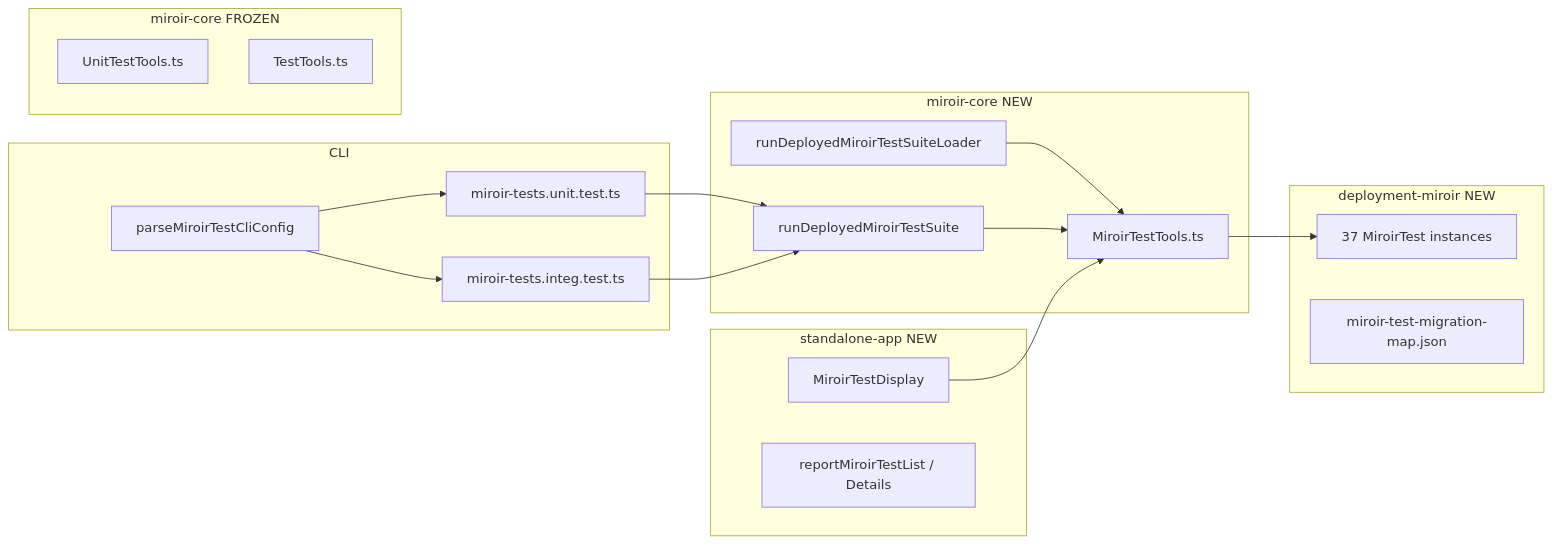
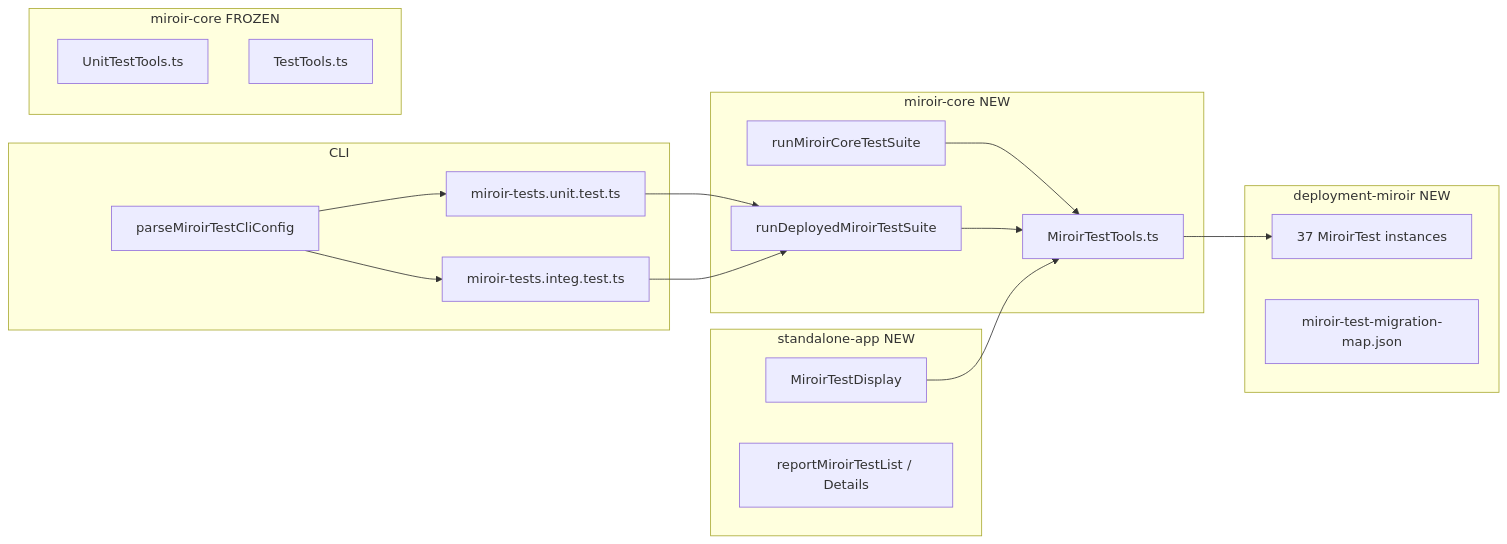
The diagram in code-helpers/features/196-FEATURE-migrate-tests-to-MiroirTest/plan.md (miroir-framework/miroir), drawn with Mermaid before and after one commit. The commit also changed other lines of this file and 56 other files, not shown here.

Commit message:
#197 FEATURE: run integration tests in the UI. Revamping test startup sequence

````diff
--- a/code-helpers/features/196-FEATURE-migrate-tests-to-MiroirTest/plan.md
+++ b/code-helpers/features/196-FEATURE-migrate-tests-to-MiroirTest/plan.md
@@ -78,38 +78,38 @@
 ```mermaid
 flowchart LR
   subgraph cli [CLI]
     U[miroir-tests.unit.test.ts]
     I[miroir-tests.integ.test.ts]
     P[parseMiroirTestCliConfig]
   end
 
   subgraph core [miroir-core NEW]
     MT[MiroirTestTools.ts]
     H[runDeployedMiroirTestSuite]
-    L[runDeployedMiroirTestSuiteLoader]
+    L[runMiroirCoreTestSuite]
   end
 
   subgraph legacy [miroir-core FROZEN]
     UT[UnitTestTools.ts]
     TT[TestTools.ts]
   end
 
   subgraph deploy [deployment-miroir NEW]
     INST[37 MiroirTest instances]
     MAN[miroir-test-migration-map.json]
   end
 
   subgraph ui [standalone-app NEW]
     DISP[MiroirTestDisplay]
     RPT[reportMiroirTestList / Details]
   end
 
   P --> U
   P --> I
   U --> H
   I --> H
   L --> MT
   H --> MT
   MT --> INST
   DISP --> MT
 ```
````
